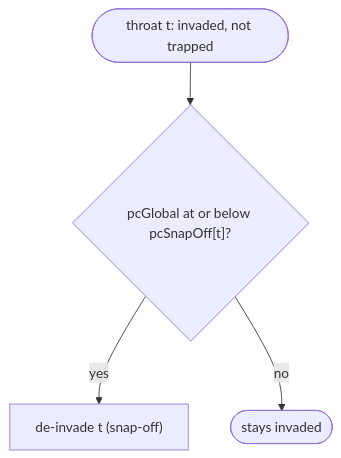
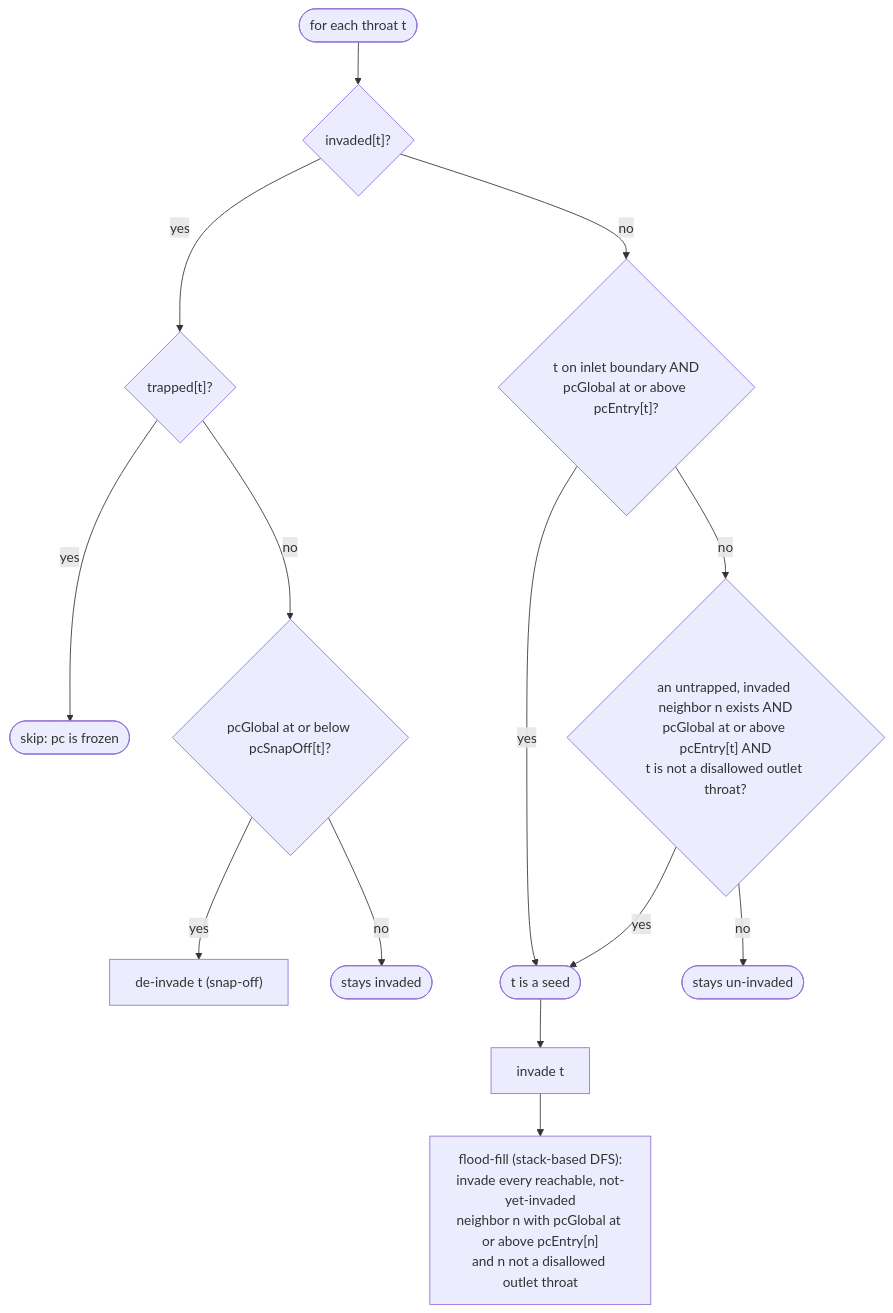
One commit to dumux/dumux changed the second of 3 diagrams in examples/porenetwork_upscaling_twophase/README.md. Above: the diagram before and after it, drawn with Mermaid. The commit also changed other lines of this file and 3 other files, not shown here.

````diff
--- a/examples/porenetwork_upscaling_twophase/README.md
+++ b/examples/porenetwork_upscaling_twophase/README.md
@@ -94,6 +138,16 @@
 ```mermaid
 flowchart TD
-    T0(["throat t: invaded, not trapped"]) --> Q1{"pcGlobal at or below pcSnapOff[t]?"}
-    Q1 -- yes --> DeInvade["de-invade t (snap-off)"]
-    Q1 -- no --> Keep(["stays invaded"])
+    T0(["for each throat t"]) --> Q1{"invaded[t]?"}
+    Q1 -- yes --> Q2{"trapped[t]?"}
+    Q2 -- yes --> Skip(["skip: pc is frozen"])
+    Q2 -- no --> Q3{"pcGlobal at or below pcSnapOff[t]?"}
+    Q3 -- yes --> DeInvade["de-invade t&nbsp;(snap-off)"]
+    Q3 -- no --> Keep(["stays invaded"])
+    Q1 -- no --> Q4{"t on inlet boundary AND<br/>pcGlobal at or above pcEntry[t]?"}
+    Q4 -- yes --> Seed(["t is a seed"])
+    Q4 -- no --> Q5{"an untrapped, invaded neighbor n exists AND<br/>pcGlobal at or above pcEntry[t] AND<br/>t is not a disallowed outlet throat?"}
+    Q5 -- yes --> Seed
+    Q5 -- no --> NoInvade(["stays un-invaded"])
+    Seed --> Invade["invade t"]
+    Invade --> Flood["flood-fill (stack-based DFS):<br/>invade every reachable, not-yet-invaded<br/>neighbor n with pcGlobal at or above pcEntry[n]<br/>and n not a disallowed outlet throat"]
 ```
````
